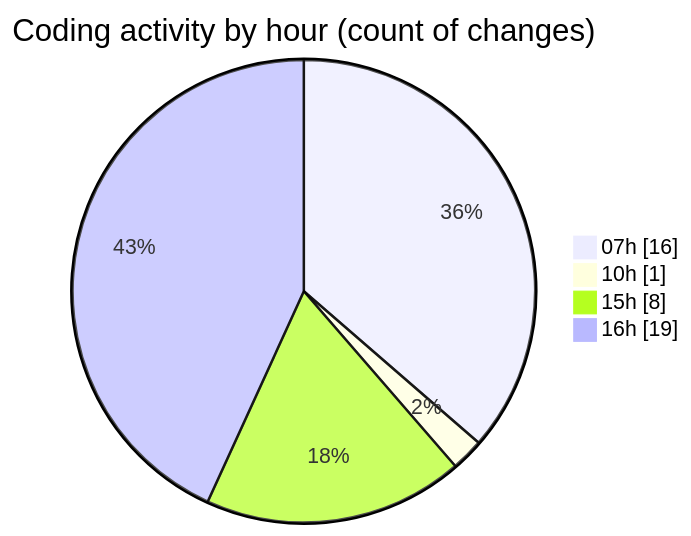
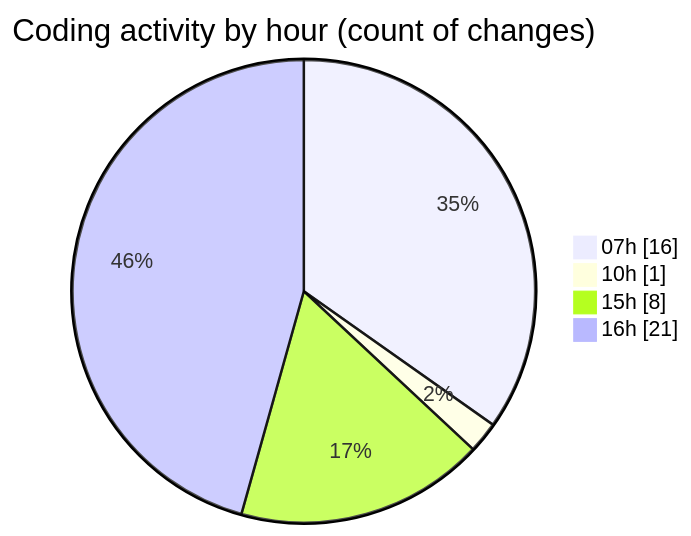
One commit to robertbonfada/code-tracking changed the second of 2 diagrams in 2025-03-07/mbc-web/README.md. Above: the diagram before and after it, drawn with Mermaid. The commit also changed other lines of this file and 1 other file, not shown here.

````diff
--- a/2025-03-07/mbc-web/README.md
+++ b/2025-03-07/mbc-web/README.md
@@ -38,8 +39,8 @@
 ```mermaid
 pie showData
 title Coding activity by hour (count of changes)
 "07h" : 16
 "10h" : 1
 "15h" : 8
-"16h" : 19
+"16h" : 21
 ```
````
